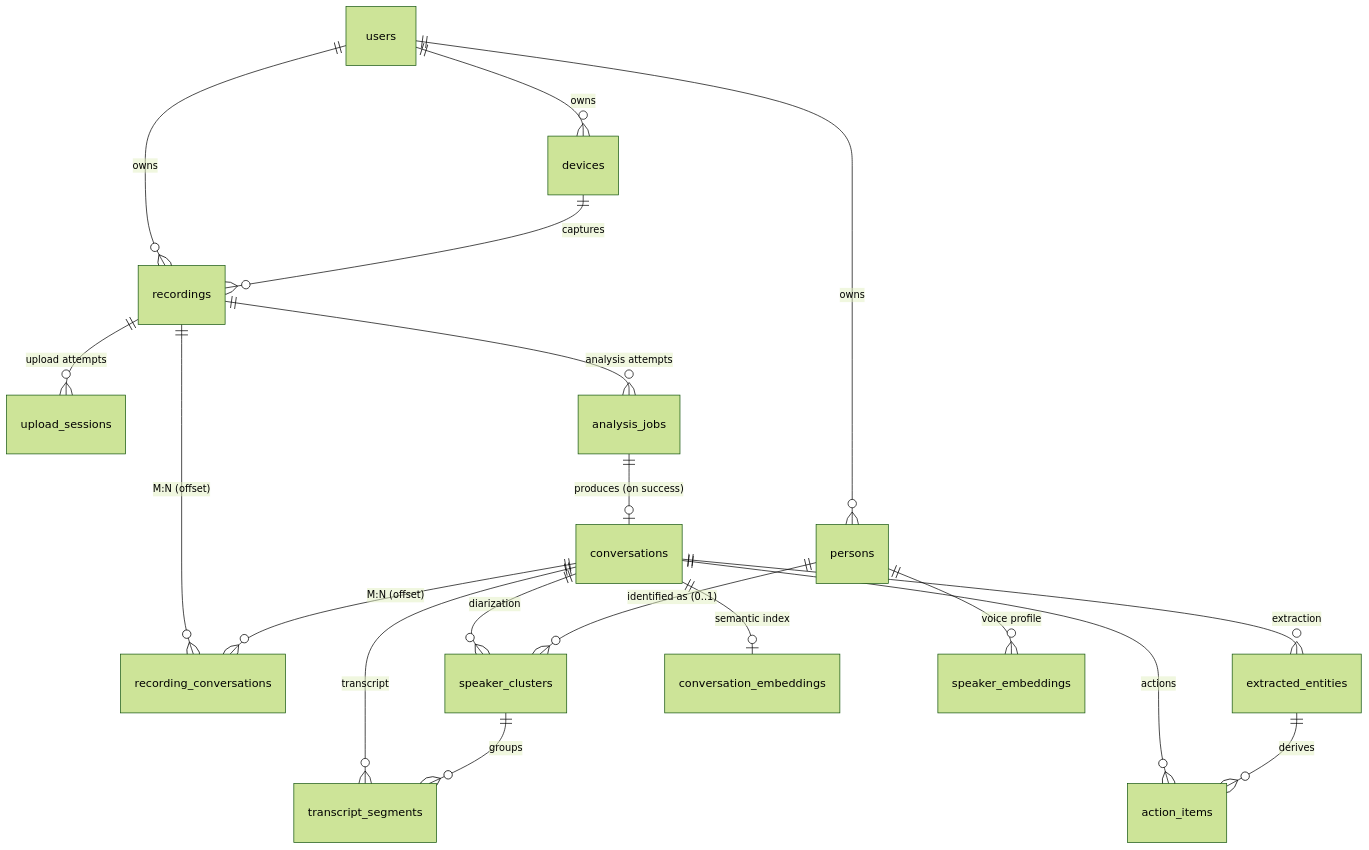
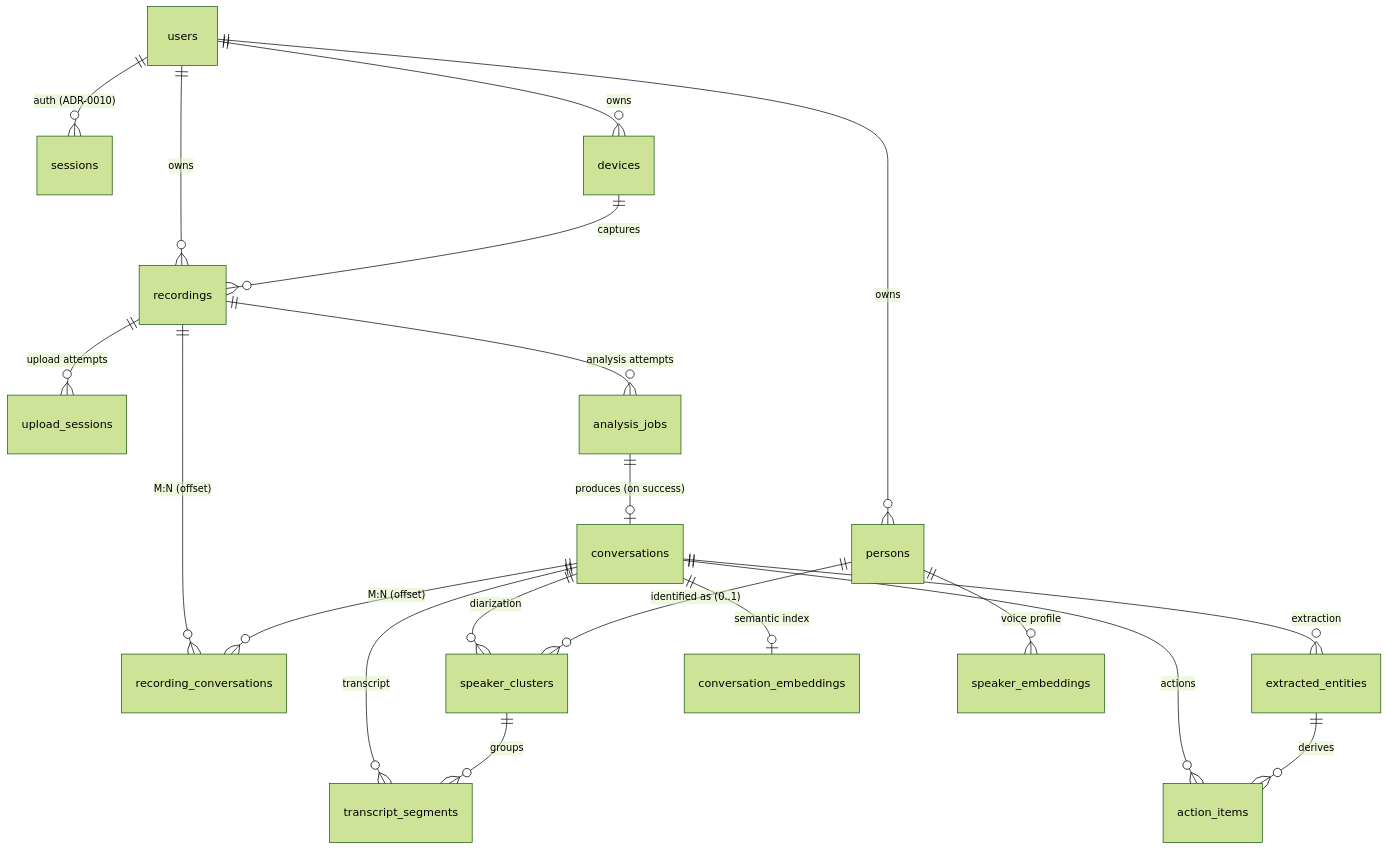
The diagram in docs/10-domain-model.md (hyunu/gyeol), drawn with Mermaid (forest theme) before and after one commit. The commit also changed other lines of this file and 36 other files, not shown here.

````diff
--- a/docs/10-domain-model.md
+++ b/docs/10-domain-model.md
@@ -33,24 +33,25 @@
 ```mermaid
 erDiagram
+    users ||--o{ sessions : "auth (ADR-0010)"
     users ||--o{ devices : "owns"
     users ||--o{ recordings : "owns"
     users ||--o{ persons : "owns"
     devices ||--o{ recordings : "captures"
 
     recordings ||--o{ upload_sessions : "upload attempts"
     recordings ||--o{ analysis_jobs : "analysis attempts"
     analysis_jobs ||--o| conversations : "produces (on success)"
     recordings ||--o{ recording_conversations : "M:N (offset)"
     conversations ||--o{ recording_conversations : "M:N (offset)"
 
     conversations ||--o{ speaker_clusters : "diarization"
     conversations ||--o{ transcript_segments : "transcript"
     conversations ||--o{ extracted_entities : "extraction"
     conversations ||--o{ action_items : "actions"
     conversations ||--o| conversation_embeddings : "semantic index"
 
     speaker_clusters ||--o{ transcript_segments : "groups"
     persons ||--o{ speaker_clusters : "identified as (0..1)"
     persons ||--o{ speaker_embeddings : "voice profile"
     extracted_entities ||--o{ action_items : "derives"
 ```
````
